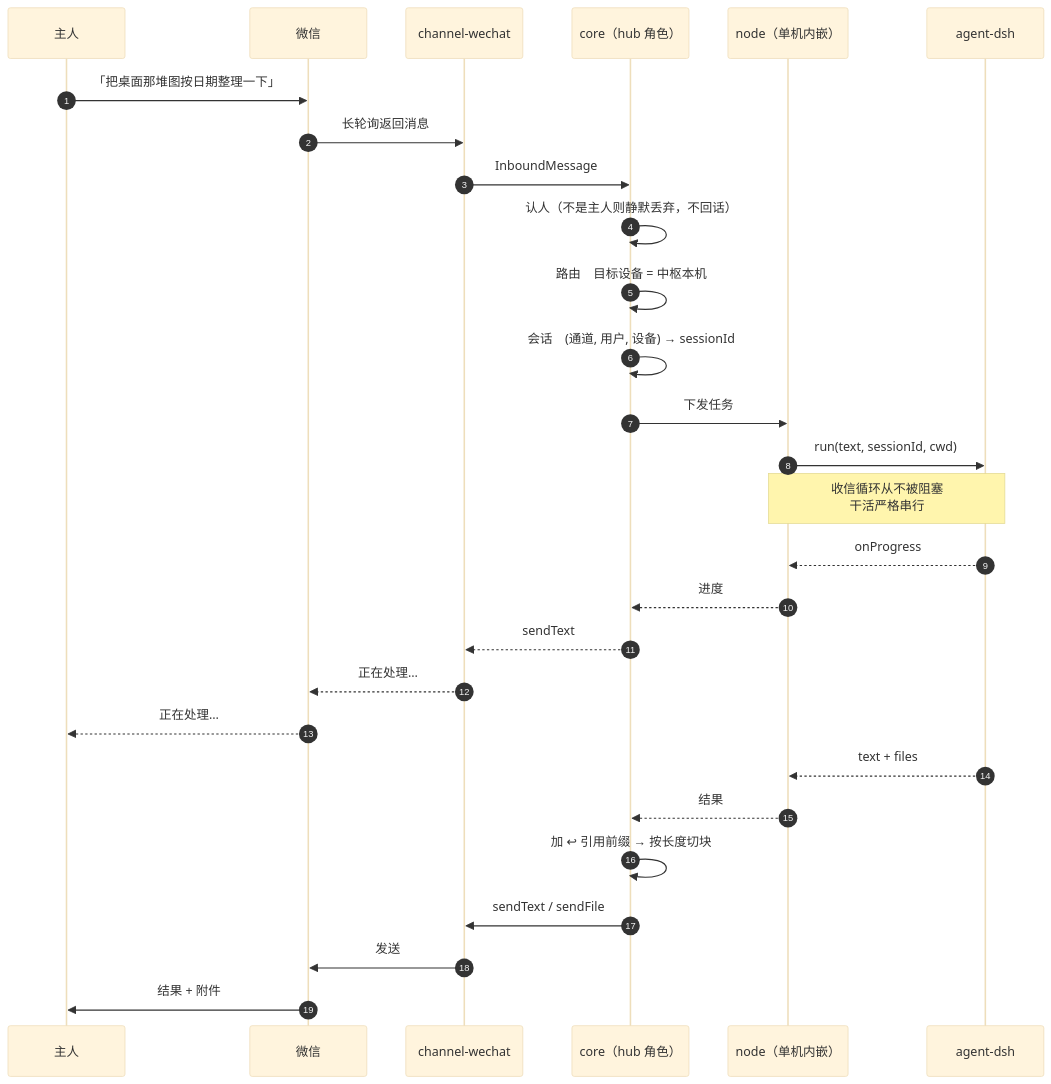
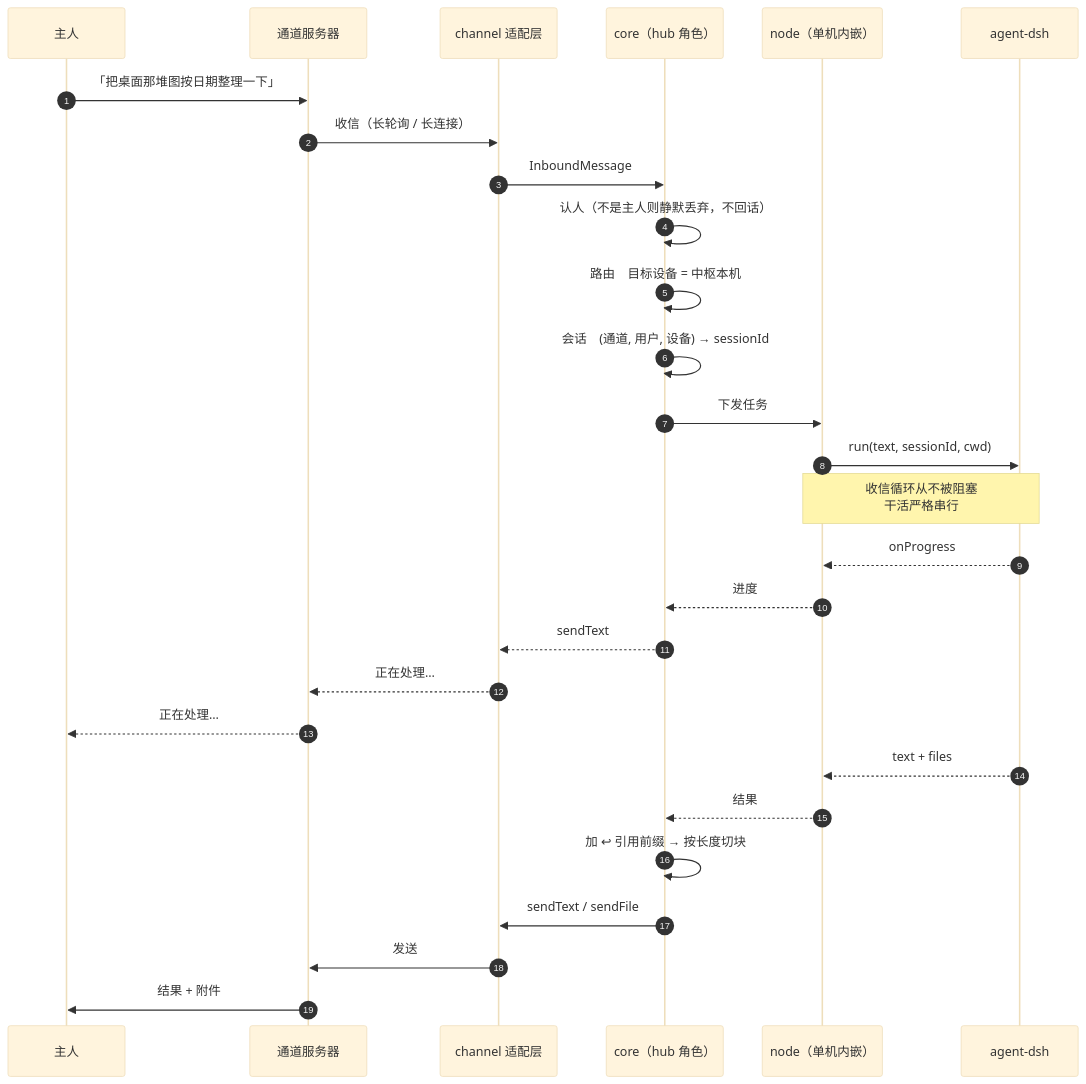
Before and after one commit to Leowuqunqun/ai-butler: the diagram in docs/diagrams/tech-05-seq-inbound.mmd, drawn with Mermaid (base theme). The commit also changed 18 other files, not shown here.

First line of the commit message:
第 91 轮补（四）：架构图跟上第三条通道 —— 7 张重渲 + 3 处「图说跟图打架」

```diff
--- a/docs/diagrams/tech-05-seq-inbound.mmd
+++ b/docs/diagrams/tech-05-seq-inbound.mmd
@@ -1,29 +1,29 @@
 sequenceDiagram
     autonumber
     participant U as 主人
-    participant WX as 微信
-    participant CH as channel-wechat
+    participant WX as 通道服务器
+    participant CH as channel 适配层
     participant H as core（hub 角色）
     participant N as node（单机内嵌）
     participant A as agent-dsh
 
     U->>WX: 「把桌面那堆图按日期整理一下」
-    WX->>CH: 长轮询返回消息
+    WX->>CH: 收信（长轮询 / 长连接）
     CH->>H: InboundMessage
     H->>H: 认人（不是主人则静默丢弃，不回话）
     H->>H: 路由　目标设备 = 中枢本机
     H->>H: 会话　(通道, 用户, 设备) → sessionId
     H->>N: 下发任务
     N->>A: run(text, sessionId, cwd)
     Note over A,N: 收信循环从不被阻塞<br/>干活严格串行
     A-->>N: onProgress
     N-->>H: 进度
     H-->>CH: sendText
     CH-->>WX: 正在处理…
     WX-->>U: 正在处理…
     A-->>N: text + files
     N-->>H: 结果
     H->>H: 加 ↩ 引用前缀 → 按长度切块
     H->>CH: sendText / sendFile
     CH->>WX: 发送
     WX->>U: 结果 + 附件
```
